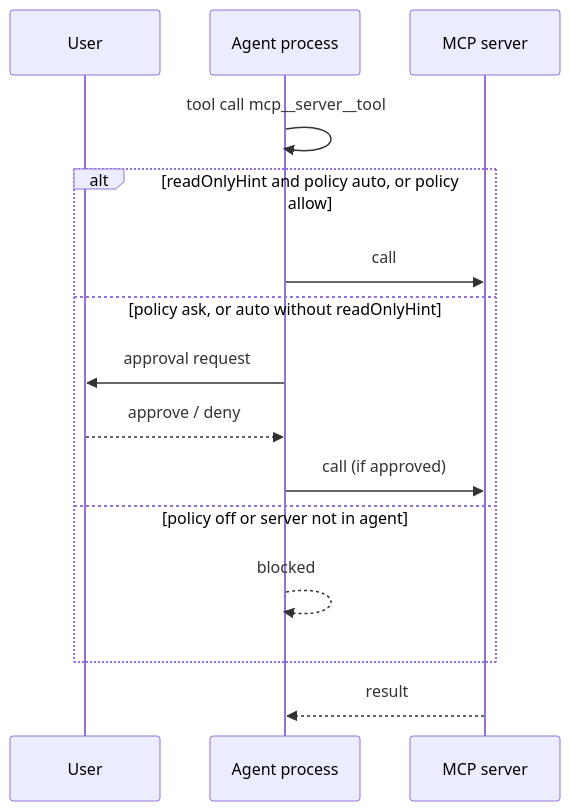
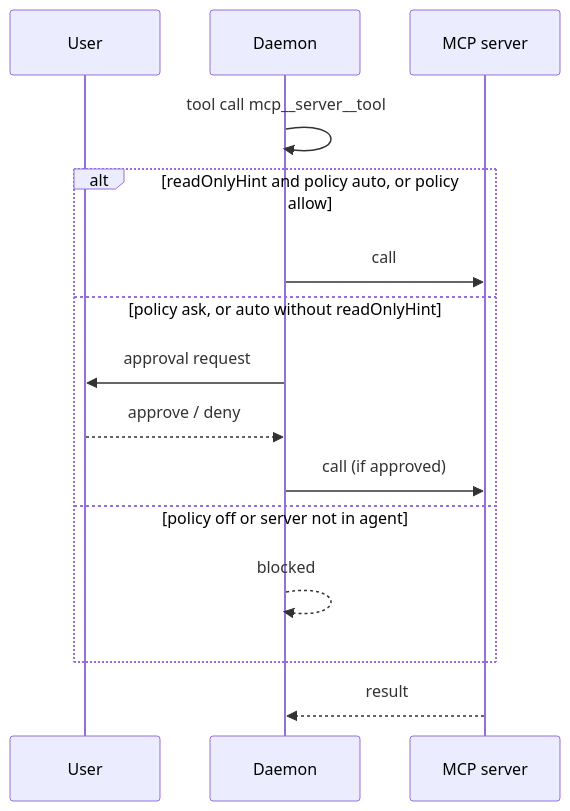
The diagram in docs/project-pdr/use-case-business-systems-mcp.md (pp-techs/pp-agent), drawn with Mermaid before and after one commit. The commit also changed other lines of this file and 167 other files, not shown here.

First line of the commit message:
feat(agent): run the agent in a background daemon and add a Telegram channel (#16)

````diff
--- a/docs/project-pdr/use-case-business-systems-mcp.md
+++ b/docs/project-pdr/use-case-business-systems-mcp.md
@@ -18,17 +18,17 @@
 ```mermaid
 sequenceDiagram
   participant U as User
-  participant A as Agent process
+  participant A as Daemon
   participant S as MCP server
   A->>A: tool call mcp__server__tool
   alt readOnlyHint and policy auto, or policy allow
     A->>S: call
   else policy ask, or auto without readOnlyHint
     A->>U: approval request
     U-->>A: approve / deny
     A->>S: call (if approved)
   else policy off or server not in agent
     A-->>A: blocked
   end
   S-->>A: result
 ```
````
